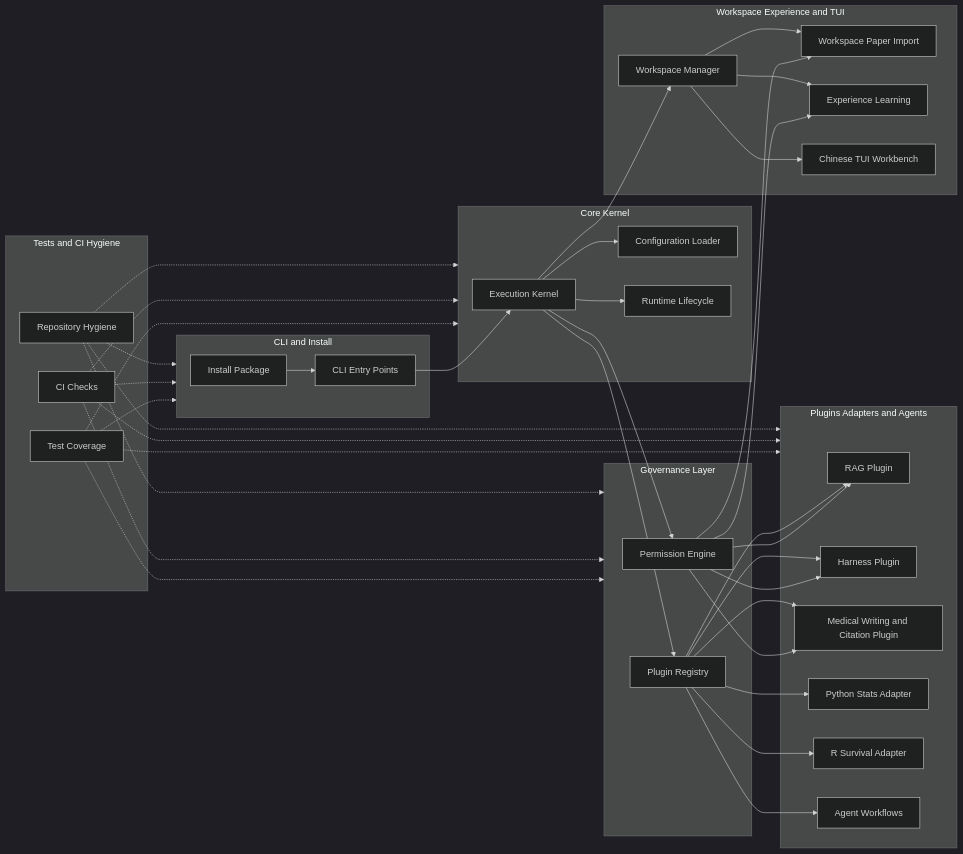
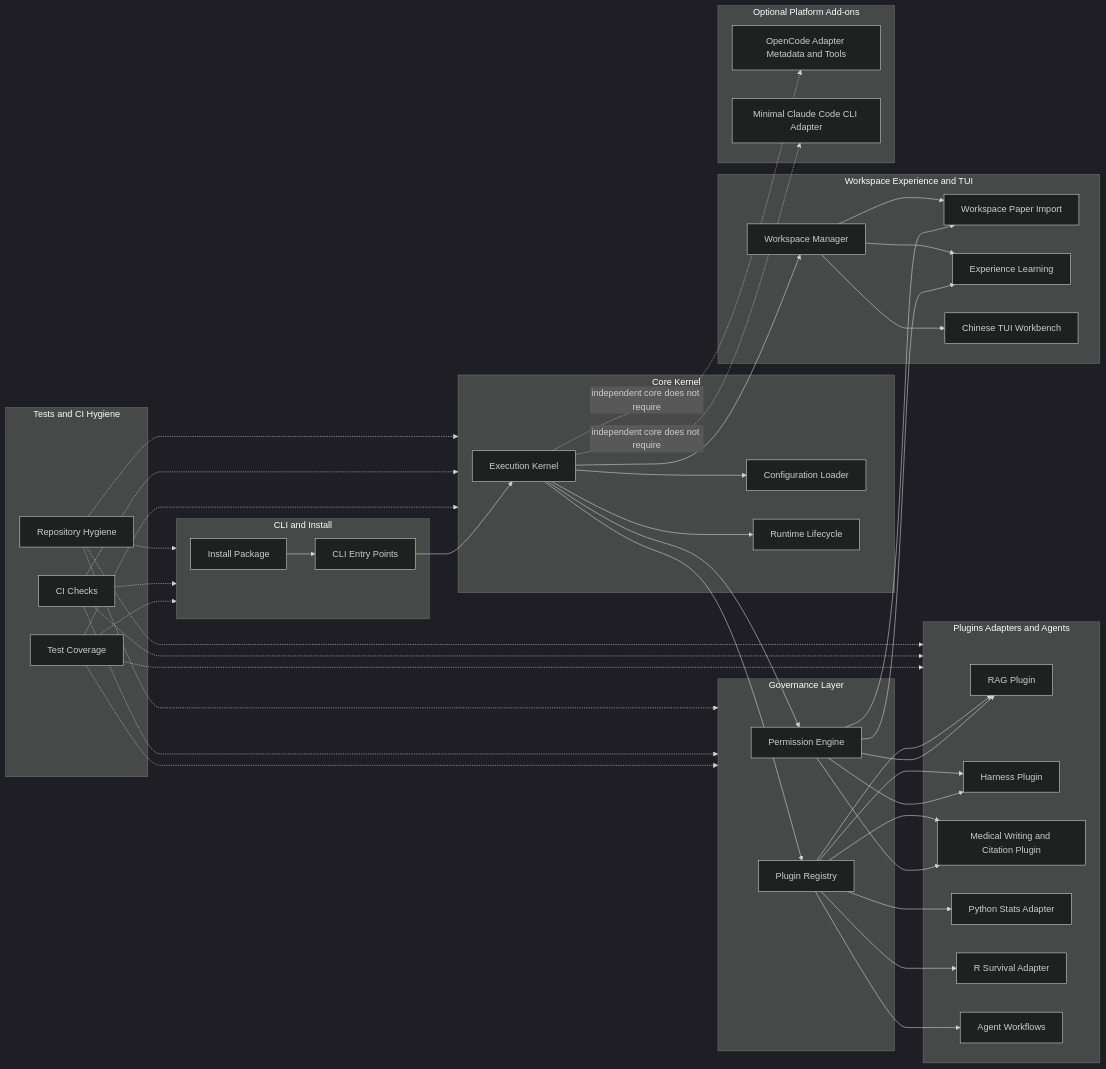
The first of 2 diagrams in Architecture/ExecutionRoadmap.md (KarasawaYikiho/SuperMedicine), drawn with Mermaid (dark theme) before and after one commit. The commit also changed other lines of this file and 35 other files, not shown here.

````diff
--- a/Architecture/ExecutionRoadmap.md
+++ b/Architecture/ExecutionRoadmap.md
@@ -7,73 +7,80 @@
 ```mermaid
 flowchart LR
     subgraph cli["CLI and Install"]
         install["Install Package"]
         command["CLI Entry Points"]
     end
 
     subgraph kernel["Core Kernel"]
         core["Execution Kernel"]
         config["Configuration Loader"]
         lifecycle["Runtime Lifecycle"]
     end
 
     subgraph governance["Governance Layer"]
         permissions["Permission Engine"]
         registry["Plugin Registry"]
     end
 
     subgraph workspace["Workspace Experience and TUI"]
         workspaceManager["Workspace Manager"]
         paper["Workspace Paper Import"]
         experience["Experience Learning"]
         tui["Chinese TUI Workbench"]
     end
 
     subgraph extensions["Plugins Adapters and Agents"]
         rag["RAG Plugin"]
         harness["Harness Plugin"]
         writing["Medical Writing and Citation Plugin"]
         pystats["Python Stats Adapter"]
         rsurvival["R Survival Adapter"]
         agents["Agent Workflows"]
     end
 
+    subgraph platform["Optional Platform Add-ons"]
+        opencode["OpenCode Adapter Metadata and Tools"]
+        claude["Minimal Claude Code CLI Adapter"]
+    end
+
     subgraph quality["Tests and CI Hygiene"]
         tests["Test Coverage"]
         ci["CI Checks"]
         hygiene["Repository Hygiene"]
     end
 
     install --> command --> core
     core --> config
     core --> lifecycle
     core --> permissions
     core --> registry
     permissions --> rag
     permissions --> harness
     permissions --> writing
     registry --> rag
     registry --> harness
     registry --> writing
     registry --> pystats
     registry --> rsurvival
     registry --> agents
+    core -. independent core does not require .-> opencode
+    core -. independent core does not require .-> claude
     core --> workspaceManager
     permissions --> paper
     permissions --> experience
     workspaceManager --> paper
     workspaceManager --> experience
     workspaceManager --> tui
     tests -.-> cli
     tests -.-> kernel
     tests -.-> governance
     tests -.-> extensions
     ci -.-> cli
     ci -.-> kernel
     ci -.-> governance
     ci -.-> extensions
     hygiene -.-> cli
     hygiene -.-> kernel
     hygiene -.-> governance
     hygiene -.-> extensions
 ```
````
